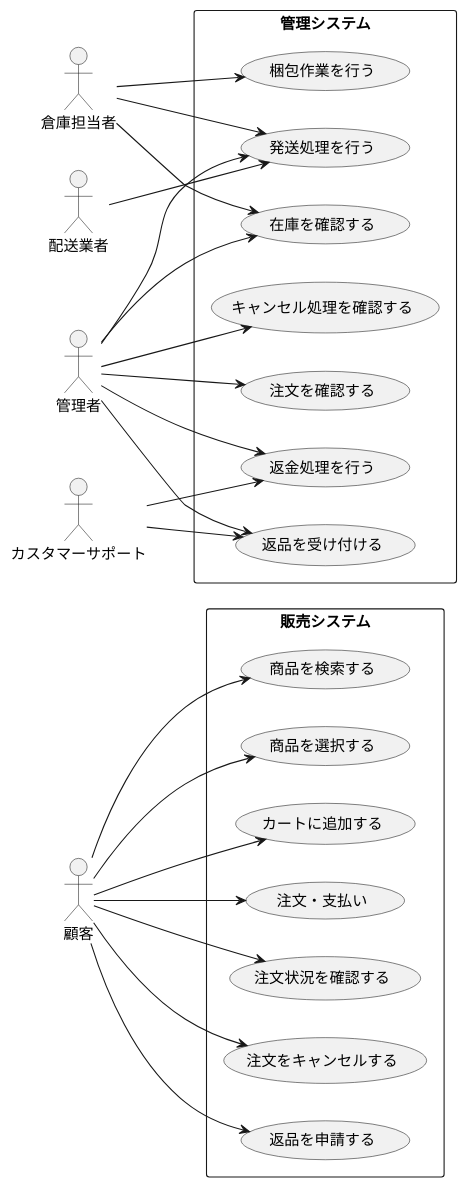
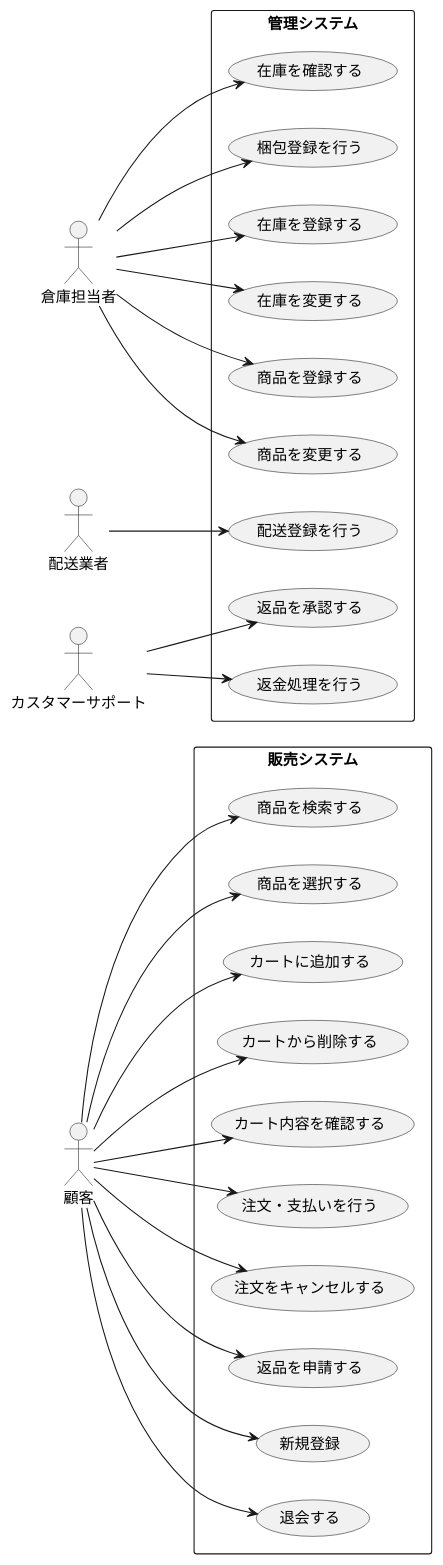
Before and after one commit to amaneko0608/ohara_uml: the diagram in group/BB/usecase.pu, drawn with PlantUML. The commit also changed 12 other files, not shown here.

```diff
--- a/group/BB/usecase.pu
+++ b/group/BB/usecase.pu
@@ -1,54 +1,61 @@
 @startuml
 left to right direction
 
 actor 顧客 as C
-actor 管理者 as A
 actor 倉庫担当者 as W
 actor 配送業者 as D
 actor カスタマーサポート as S
 
 rectangle 販売システム {
   usecase "商品を検索する" as UC1
   usecase "商品を選択する" as UC2
-  usecase "カートに追加する" as UC3
-  usecase "注文・支払い" as UC4
-  usecase "注文状況を確認する" as UC5
-  usecase "注文をキャンセルする" as UC6
-  usecase "返品を申請する" as UC7
+  usecase "カートに追加する" as UC3 
+  usecase "カートから削除する" as UC4
+  usecase "カート内容を確認する" as UC5
+  usecase "注文・支払いを行う" as UC6 
+  usecase "注文をキャンセルする" as UC7
+  usecase "返品を申請する" as UC8
+  usecase "新規登録" as UC14
+  usecase "退会する" as UC15
 }
 
 rectangle 管理システム {
-  usecase "注文を確認する" as UC8
   usecase "在庫を確認する" as UC9
-  usecase "発送処理を行う" as UC10
-  usecase "返品を受け付ける" as UC11
-  usecase "返金処理を行う" as UC12
-  usecase "キャンセル処理を確認する" as UC13
-  usecase "梱包作業を行う" as UC14
+  usecase "梱包登録を行う" as UC10
+  usecase "在庫を登録する" as UC16
+  usecase "在庫を変更する" as UC17
+  usecase "商品を登録する" as UC18
+  usecase "商品を変更する" as UC19
+  usecase "配送登録を行う" as UC11 
+  usecase "返品を承認する" as UC12
+  usecase "返金処理を行う" as UC13
 }
 
+' 顧客操作
 C --> UC1
 C --> UC2
 C --> UC3
 C --> UC4
 C --> UC5
 C --> UC6
 C --> UC7
+C --> UC8
+C --> UC14
+C --> UC15
 
-A --> UC8
-A --> UC9
-A --> UC10
-A --> UC11
-A --> UC12
-A --> UC13
+' 倉庫担当者操作
+W --> UC9
+W --> UC10
+W --> UC16
+W --> UC17
+W --> UC18
+W --> UC19
 
-W --> UC9
-W --> UC14
-W --> UC10
+' 配送業者操作
+D --> UC11
 
-D --> UC10
-
-S --> UC11
+' カスタマーサポート操作
 S --> UC12
+S --> UC13
 
 @enduml
```
